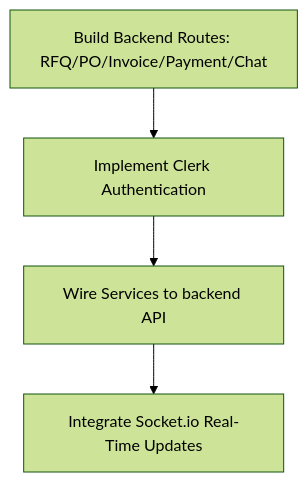
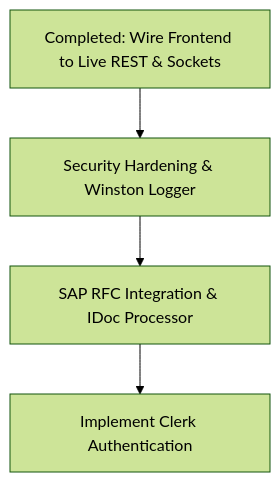
One commit to devansh-7-gte/sap_vendor_portal changed the diagram in workflow/working.md. Above: the diagram before and after it, drawn with Mermaid (forest theme). The commit also changed other lines of this file and 35 other files, not shown here.

Commit message:
Savepoint: completed payment tracking ledger table with TDS table and filters

````diff
--- a/workflow/working.md
+++ b/workflow/working.md
@@ -59,6 +61,6 @@
 ```mermaid
 graph TD
-    A[Build Backend Routes: RFQ/PO/Invoice/Payment/Chat] --> B[Implement Clerk Authentication]
-    B --> C[Wire Services to backend API]
-    C --> D[Integrate Socket.io Real-Time Updates]
+    A[Completed: Wire Frontend to Live REST & Sockets] --> B[Security Hardening & Winston Logger]
+    B --> C[SAP RFC Integration & IDoc Processor]
+    C --> D[Implement Clerk Authentication]
 ```
````
